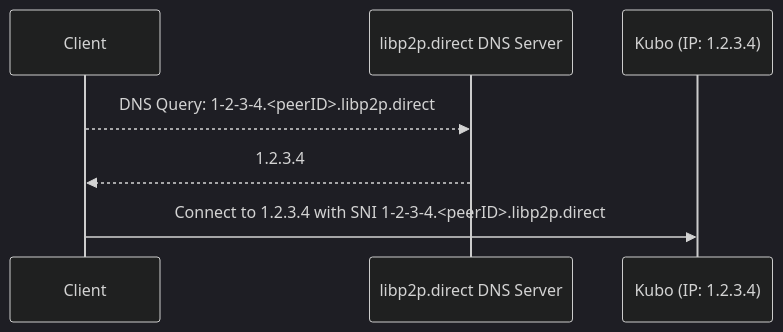
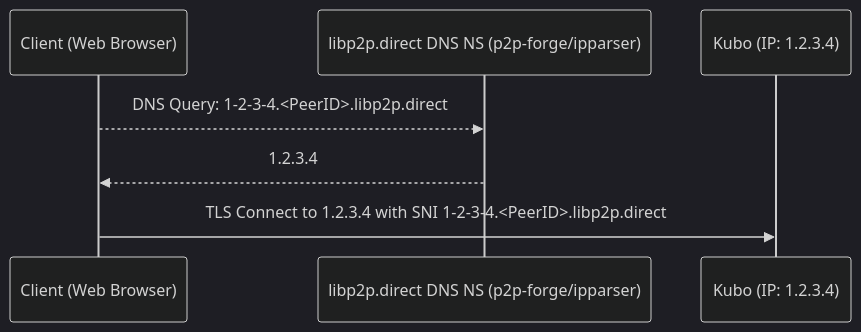
Before and after one commit to ipshipyard/p2p-forge: the second of 2 diagrams in README.md, drawn with Mermaid (dark theme). The commit also changed other lines of this file and 2 other files, not shown here.

````diff
--- a/README.md
+++ b/README.md
@@ -38,11 +45,11 @@
 ```mermaid
 sequenceDiagram
-    participant Browser as Client
-    participant DNS as libp2p.direct DNS Server
+    participant Browser as Client (Web Browser)
+    participant DNS as libp2p.direct DNS NS (p2p-forge/ipparser)
     participant Kubo as Kubo (IP: 1.2.3.4)
 
-    Browser-->>DNS: DNS Query: 1-2-3-4.<peerID>.libp2p.direct
+    Browser-->>DNS: DNS Query: 1-2-3-4.<PeerID>.libp2p.direct
     DNS-->>Browser: 1.2.3.4
 
-    Browser->>Kubo: Connect to 1.2.3.4 with SNI 1-2-3-4.<peerID>.libp2p.direct
+    Browser->>Kubo: TLS Connect to 1.2.3.4 with SNI 1-2-3-4.<PeerID>.libp2p.direct
 ```
````
